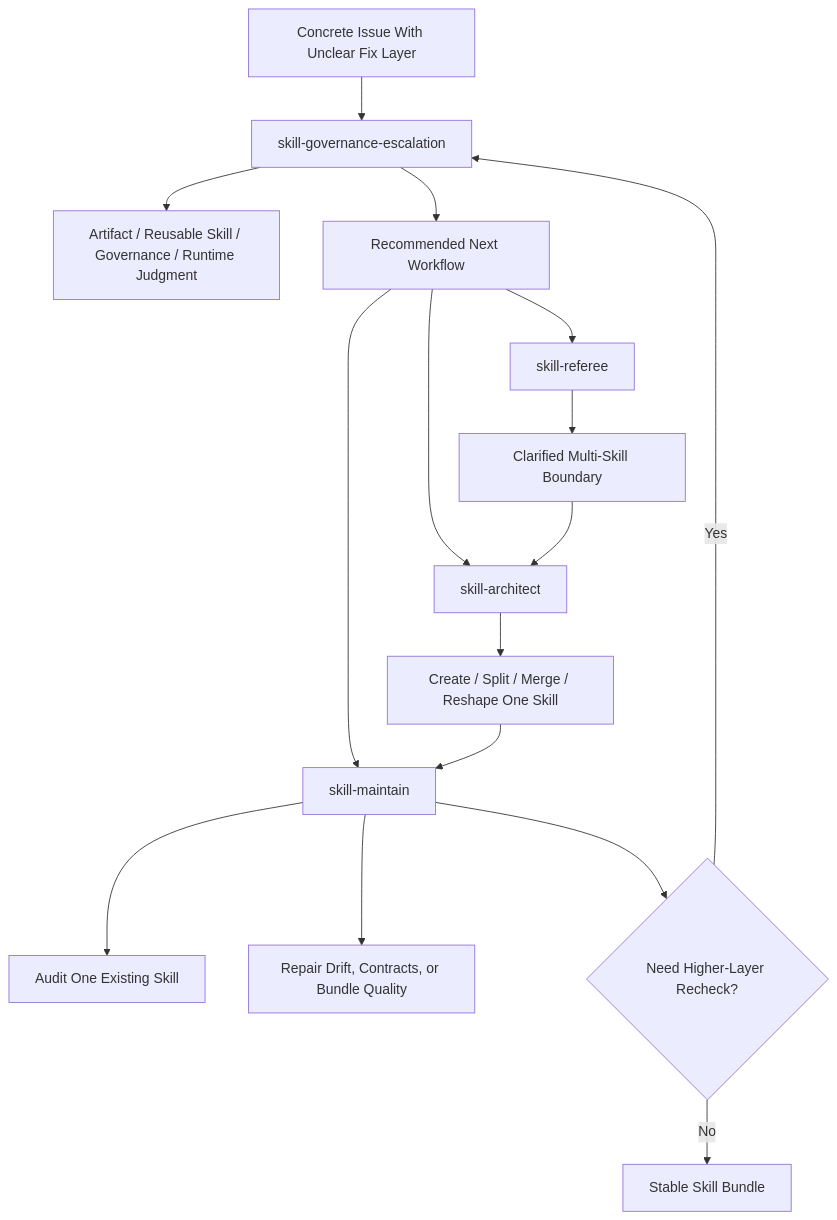
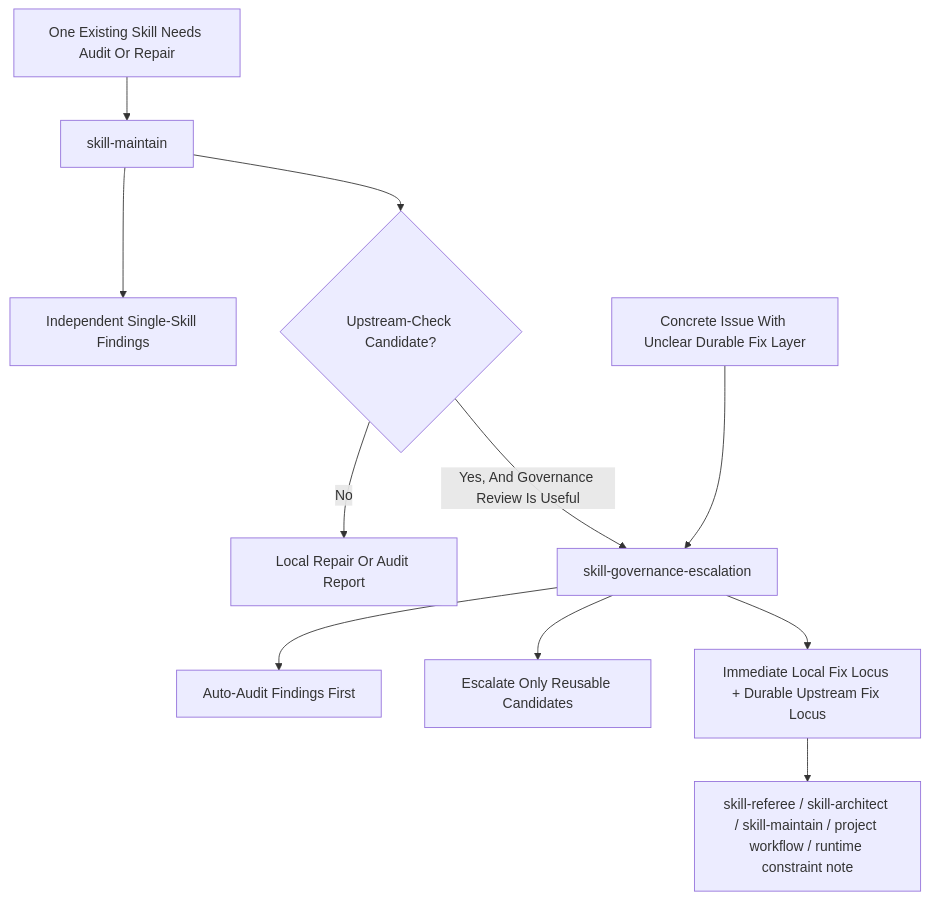
The third of 3 diagrams in README.md (ccomma/skills), drawn with Mermaid before and after one commit. The commit also changed other lines of this file and 12 other files, not shown here.

Commit message:
refactor: separate skill audit from governance escalation

````diff
--- a/README.md
+++ b/README.md
@@ -144,23 +144,15 @@
 ```mermaid
 flowchart TD
-    A["Concrete Issue With Unclear Fix Layer"] --> B["skill-governance-escalation"]
-    B --> B1["Artifact / Reusable Skill / Governance / Runtime Judgment"]
-    B --> B2["Recommended Next Workflow"]
+    A["One Existing Skill Needs Audit Or Repair"] --> B["skill-maintain"]
+    B --> B1["Independent Single-Skill Findings"]
+    B --> B2{"Upstream-Check Candidate?"}
+    B2 -->|No| C["Local Repair Or Audit Report"]
+    B2 -->|Yes, And Governance Review Is Useful| D["skill-governance-escalation"]
 
-    B2 --> C["skill-referee"]
-    B2 --> D["skill-architect"]
-    B2 --> E["skill-maintain"]
+    E["Concrete Issue With Unclear Durable Fix Layer"] --> D
+    D --> D1["Auto-Audit Findings First"]
+    D --> D2["Escalate Only Reusable Candidates"]
+    D --> D3["Immediate Local Fix Locus + Durable Upstream Fix Locus"]
 
-    C --> C1["Clarified Multi-Skill Boundary"]
-    C1 --> D
-
-    D --> D1["Create / Split / Merge / Reshape One Skill"]
-    D1 --> E
-
-    E --> E1["Audit One Existing Skill"]
-    E --> E2["Repair Drift, Contracts, or Bundle Quality"]
-
-    E --> F{"Need Higher-Layer Recheck?"}
-    F -->|Yes| B
-    F -->|No| G["Stable Skill Bundle"]
+    D3 --> F["skill-referee / skill-architect / skill-maintain / project workflow / runtime constraint note"]
 ```
````
